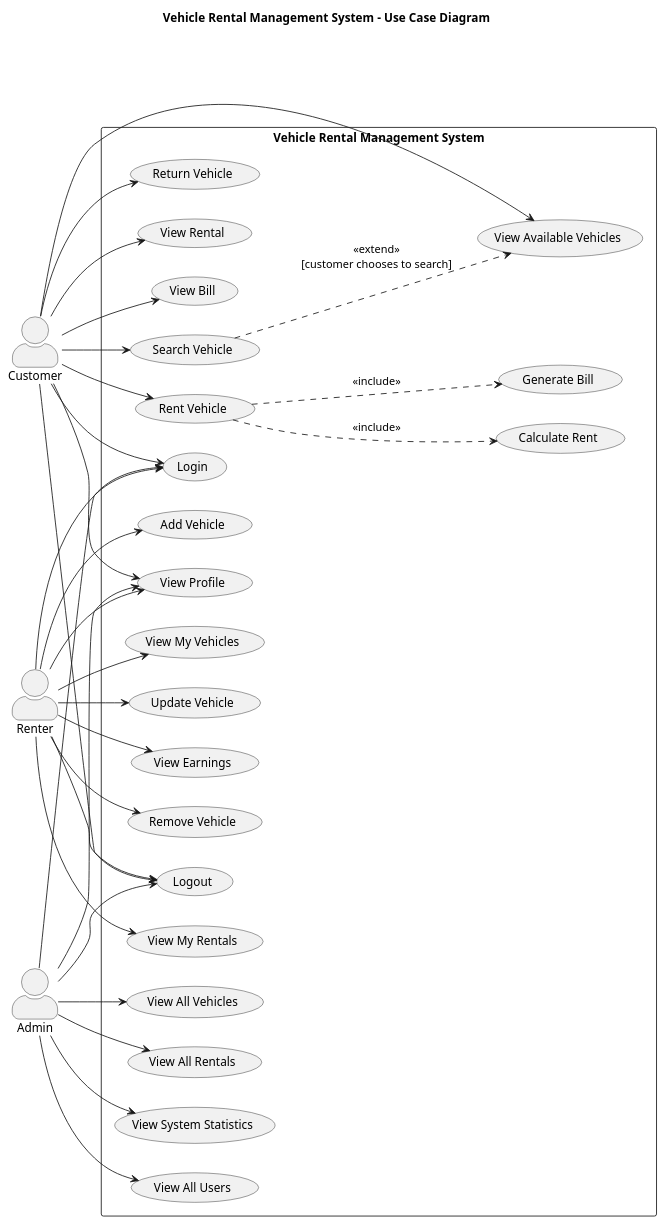
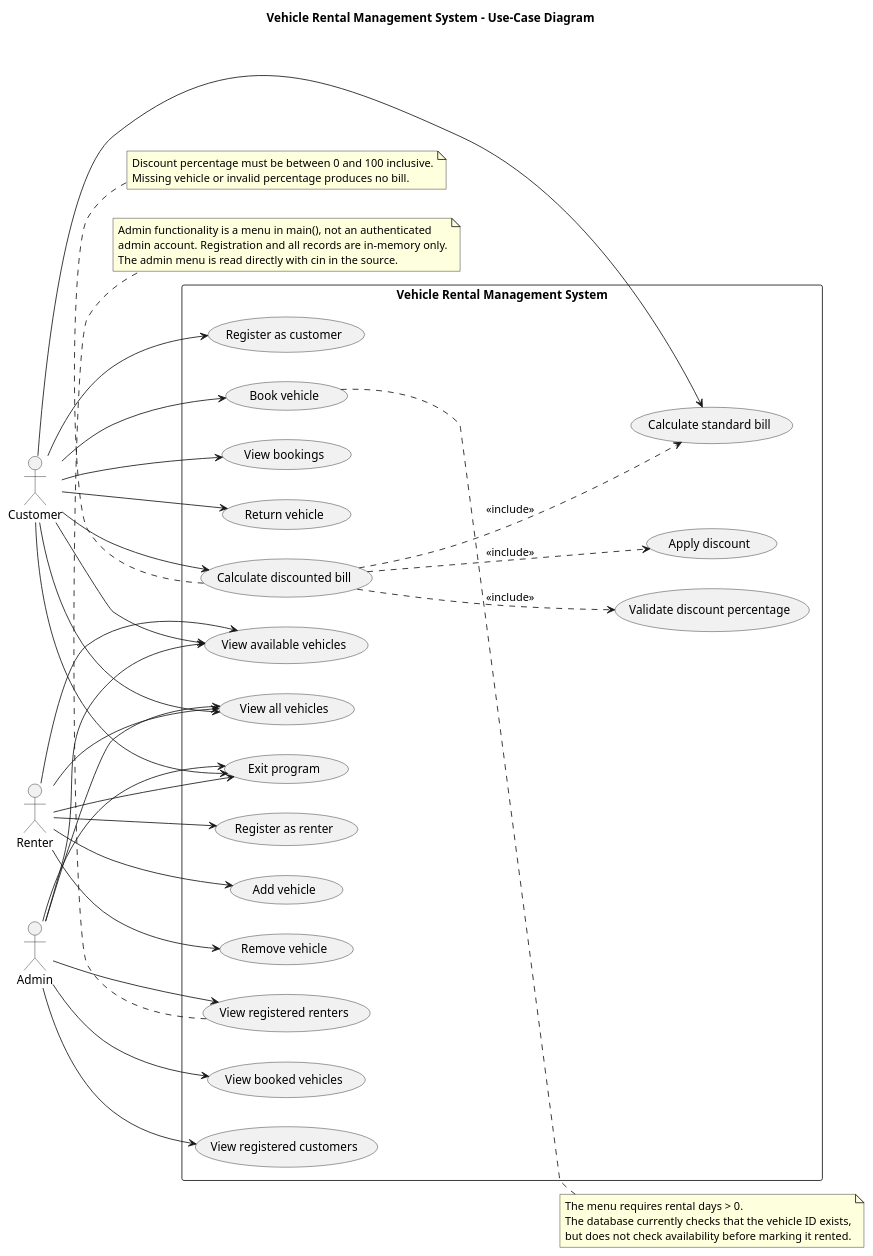
One commit to MayureshRTuplondhe/Vehicle-rental-management-system changed the diagram in docs/use-case-diagram.puml. Above: the diagram before and after it, drawn with PlantUML. The commit also changed 8 other files, not shown here.

Commit message:
removed old uml digrams and updated the uml diagrams

```diff
--- a/docs/use-case-diagram.puml
+++ b/docs/use-case-diagram.puml
@@ -1,92 +1,76 @@
 @startuml
-title Vehicle Rental Management System - Use Case Diagram
+title Vehicle Rental Management System - Use-Case Diagram
+left to right direction
 
-left to right direction
-skinparam packageStyle rectangle
-skinparam actorStyle awesome
-
+actor Renter
 actor Customer
-actor Renter
 actor Admin
 
 rectangle "Vehicle Rental Management System" {
+  usecase "Register as renter" as UC_RenterRegister
+  usecase "Add vehicle" as UC_AddVehicle
+  usecase "Remove vehicle" as UC_RemoveVehicle
+  usecase "View all vehicles" as UC_ViewAll
+  usecase "View available vehicles" as UC_ViewAvailable
 
-  ' Common
-  usecase "Login" as UC_Login
-  usecase "View Profile" as UC_Profile
-  usecase "Logout" as UC_Logout
+  usecase "Register as customer" as UC_CustomerRegister
+  usecase "Book vehicle" as UC_Book
+  usecase "View bookings" as UC_Bookings
+  usecase "Return vehicle" as UC_Return
+  usecase "Calculate standard bill" as UC_StandardBill
+  usecase "Calculate discounted bill" as UC_DiscountBill
+  usecase "Validate discount percentage" as UC_ValidateDiscount
+  usecase "Apply discount" as UC_ApplyDiscount
 
-  ' Customer
-  usecase "View Available Vehicles" as UC_ViewAvailable
-  usecase "Search Vehicle" as UC_Search
-  usecase "Rent Vehicle" as UC_Rent
-  usecase "Calculate Rent" as UC_Calculate
-  usecase "Generate Bill" as UC_Bill
-  usecase "Return Vehicle" as UC_Return
-  usecase "View Rental" as UC_ViewRental
-  usecase "View Bill" as UC_ViewBill
-
-  ' Renter
-  usecase "Add Vehicle" as UC_AddVehicle
-  usecase "View My Vehicles" as UC_MyVehicles
-  usecase "Update Vehicle" as UC_UpdateVehicle
-  usecase "Remove Vehicle" as UC_RemoveVehicle
-  usecase "View My Rentals" as UC_MyRentals
-  usecase "View Earnings" as UC_Earnings
-
-  ' Admin
-  usecase "View All Users" as UC_AllUsers
-  usecase "View All Vehicles" as UC_AllVehicles
-  usecase "View All Rentals" as UC_AllRentals
-  usecase "View System Statistics" as UC_Stats
+  usecase "View booked vehicles" as UC_ViewBooked
+  usecase "View registered renters" as UC_ViewRenters
+  usecase "View registered customers" as UC_ViewCustomers
+  usecase "Exit program" as UC_Exit
 }
 
-' =========================
-' Customer Associations
-' =========================
-Customer --> UC_Login
-Customer --> UC_Profile
+Renter --> UC_RenterRegister
+Renter --> UC_AddVehicle
+Renter --> UC_RemoveVehicle
+Renter --> UC_ViewAll
+Renter --> UC_ViewAvailable
+
+Customer --> UC_CustomerRegister
+Customer --> UC_ViewAll
 Customer --> UC_ViewAvailable
-Customer --> UC_Search
-Customer --> UC_Rent
+Customer --> UC_Book
+Customer --> UC_Bookings
 Customer --> UC_Return
-Customer --> UC_ViewRental
-Customer --> UC_ViewBill
-Customer --> UC_Logout
+Customer --> UC_StandardBill
+Customer --> UC_DiscountBill
 
-' =========================
-' Renter Associations
-' =========================
-Renter --> UC_Login
-Renter --> UC_Profile
-Renter --> UC_AddVehicle
-Renter --> UC_MyVehicles
-Renter --> UC_UpdateVehicle
-Renter --> UC_RemoveVehicle
-Renter --> UC_MyRentals
-Renter --> UC_Earnings
-Renter --> UC_Logout
+Admin --> UC_ViewAll
+Admin --> UC_ViewAvailable
+Admin --> UC_ViewBooked
+Admin --> UC_ViewRenters
+Admin --> UC_ViewCustomers
 
-' =========================
-' Admin Associations
-' =========================
-Admin --> UC_Login
-Admin --> UC_Profile
-Admin --> UC_AllUsers
-Admin --> UC_AllVehicles
-Admin --> UC_AllRentals
-Admin --> UC_Stats
-Admin --> UC_Logout
+UC_DiscountBill ..> UC_StandardBill : <<include>>
+UC_DiscountBill ..> UC_ValidateDiscount : <<include>>
+UC_DiscountBill ..> UC_ApplyDiscount : <<include>>
 
-' =========================
-' INCLUDE Relationships
-' =========================
-UC_Rent ..> UC_Calculate : <<include>>
-UC_Rent ..> UC_Bill : <<include>>
+Renter --> UC_Exit
+Customer --> UC_Exit
+Admin --> UC_Exit
 
-' =========================
-' EXTEND Relationship
-' =========================
-UC_Search ..> UC_ViewAvailable : <<extend>>\n[customer chooses to search]
+note right of UC_Book
+  The menu requires rental days > 0.
+  The database currently checks that the vehicle ID exists,
+  but does not check availability before marking it rented.
+end note
 
+note bottom of UC_ViewRenters
+  Admin functionality is a menu in main(), not an authenticated
+  admin account. Registration and all records are in-memory only.
+  The admin menu is read directly with cin in the source.
+end note
+
+note bottom of UC_DiscountBill
+  Discount percentage must be between 0 and 100 inclusive.
+  Missing vehicle or invalid percentage produces no bill.
+end note
 @enduml
```
